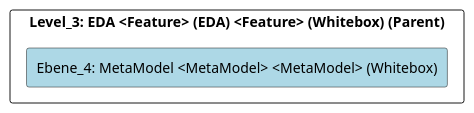
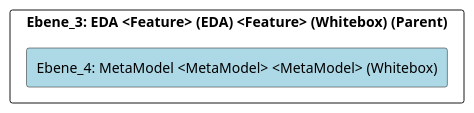
The diagram in doc/cleonproject_deliverables_architecture_model_architecture/adoc/de/05_bausteinsicht/cleon/architecture_styles_and_patterns/eda/metamodel/ebene_4_metamodel.adoc (marcozwyssig/cleon), drawn with PlantUML before and after one commit. The commit also changed other lines of this file and 620 other files, not shown here.

```diff
--- a/doc/cleonproject_deliverables_architecture_model_architecture/adoc/de/05_bausteinsicht/cleon/architecture_styles_and_patterns/eda/metamodel/ebene_4_metamodel.adoc
+++ b/doc/cleonproject_deliverables_architecture_model_architecture/adoc/de/05_bausteinsicht/cleon/architecture_styles_and_patterns/eda/metamodel/ebene_4_metamodel.adoc
@@ -21,24 +21,24 @@
 [plantuml, Ebene_4: MetaModel <MetaModel> <MetaModel> (Whitebox)BlockOverview, format="svg"]
 ----
 @startuml Ebene_4: MetaModel <MetaModel> <MetaModel> (Whitebox)BuildingBlockOverview
 
 skinparam ranksep 10
 skinparam componentStyle rectangle
 skinparam shadowing false
 skinparam arrowColor lightblue
 skinparam arrowThickness 1.2
 skinparam rectangle {
   BackgroundColor White
   BorderColor #333
   RoundCorner 10
 }
 top to bottom direction
 
-component "Level_3: EDA <Feature> (EDA) <Feature> (Whitebox) (Parent)" {
+component "Ebene_3: EDA <Feature> (EDA) <Feature> (Whitebox) (Parent)" {
     component "Ebene_4: MetaModel <MetaModel> <MetaModel> (Whitebox)" #lightblue {
     }
 
 }
 
 @enduml
 ----
```
